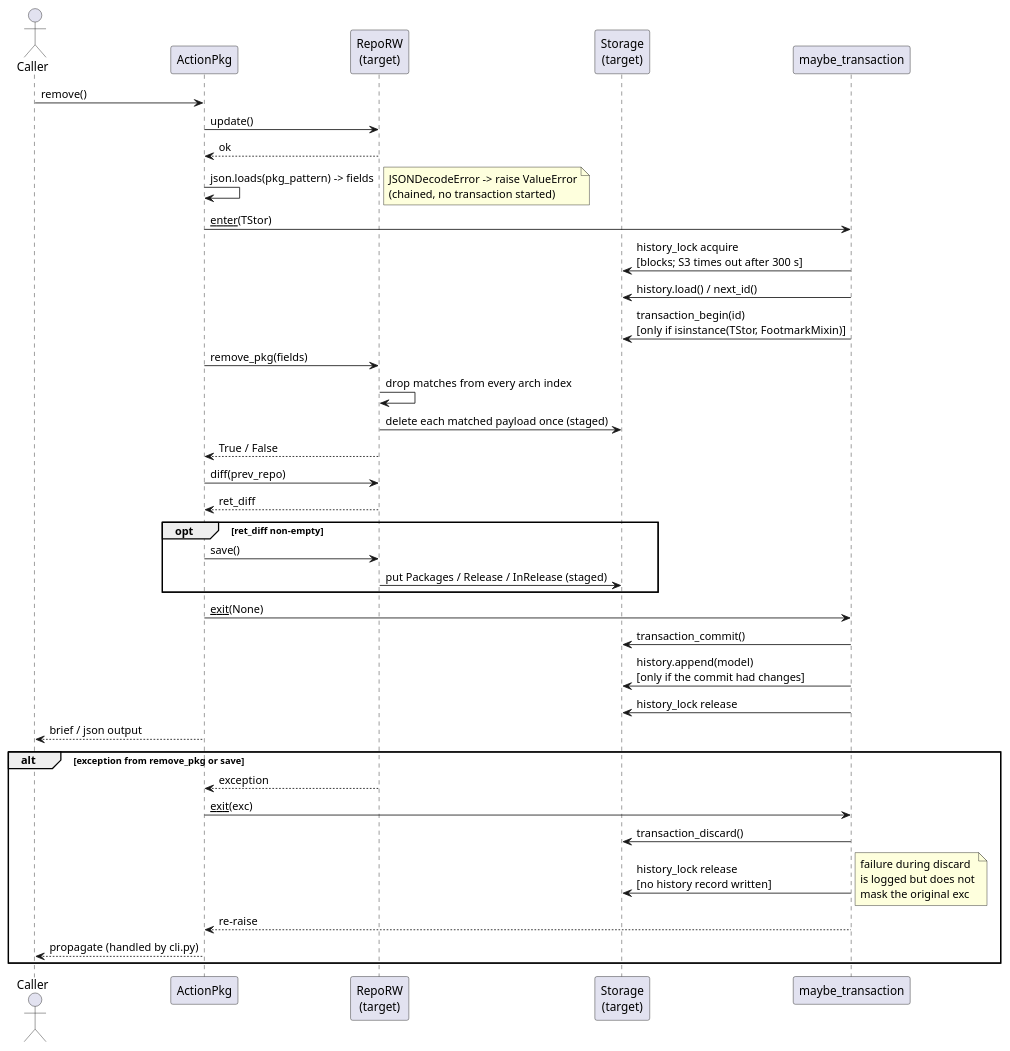
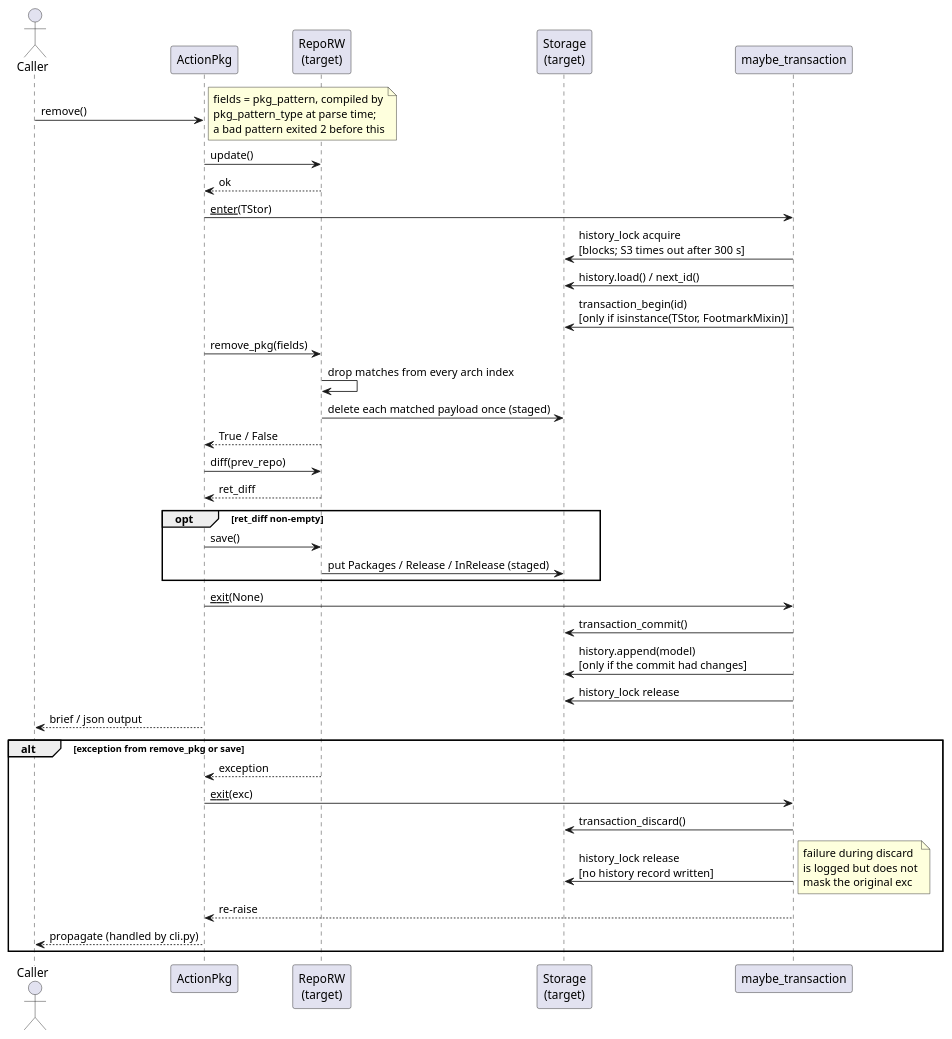
The diagram in docs/development/diagrams/action-pkg-remove-sequence.puml (vinklat/debkit), drawn with PlantUML before and after one commit. The commit also changed 19 other files, not shown here.

First line of the commit message:
Validate --pkg-pattern at the CLI boundary

```diff
--- a/docs/development/diagrams/action-pkg-remove-sequence.puml
+++ b/docs/development/diagrams/action-pkg-remove-sequence.puml
@@ -1,51 +1,50 @@
 @startuml
 actor Caller
 participant ActionPkg
 participant "RepoRW\n(target)" as Tgt
 participant "Storage\n(target)" as TStor
 participant "maybe_transaction" as CM
 
 Caller -> ActionPkg: remove()
+note right
+  fields = pkg_pattern, compiled by
+  pkg_pattern_type at parse time;
+  a bad pattern exited 2 before this
+end note
 
 ActionPkg -> Tgt: update()
 Tgt --> ActionPkg: ok
-
-ActionPkg -> ActionPkg: json.loads(pkg_pattern) -> fields
-note right
-  JSONDecodeError -> raise ValueError
-  (chained, no transaction started)
-end note
 
 ActionPkg -> CM: __enter__(TStor)
 CM -> TStor: history_lock acquire\n[blocks; S3 times out after 300 s]
 CM -> TStor: history.load() / next_id()
 CM -> TStor: transaction_begin(id)\n[only if isinstance(TStor, FootmarkMixin)]
 
 ActionPkg -> Tgt: remove_pkg(fields)
 Tgt -> Tgt: drop matches from every arch index
 Tgt -> TStor: delete each matched payload once (staged)
 Tgt --> ActionPkg: True / False
 ActionPkg -> Tgt: diff(prev_repo)
 Tgt --> ActionPkg: ret_diff
 opt ret_diff non-empty
   ActionPkg -> Tgt: save()
   Tgt -> TStor: put Packages / Release / InRelease (staged)
 end
 
 ActionPkg -> CM: __exit__(None)
 CM -> TStor: transaction_commit()
 CM -> TStor: history.append(model)\n[only if the commit had changes]
 CM -> TStor: history_lock release
 
 ActionPkg --> Caller: brief / json output
 
 alt exception from remove_pkg or save
   Tgt --> ActionPkg: exception
   ActionPkg -> CM: __exit__(exc)
   CM -> TStor: transaction_discard()
   CM -> TStor: history_lock release\n[no history record written]
   note right: failure during discard\nis logged but does not\nmask the original exc
   CM --> ActionPkg: re-raise
   ActionPkg --> Caller: propagate (handled by cli.py)
 end
 @enduml
```
